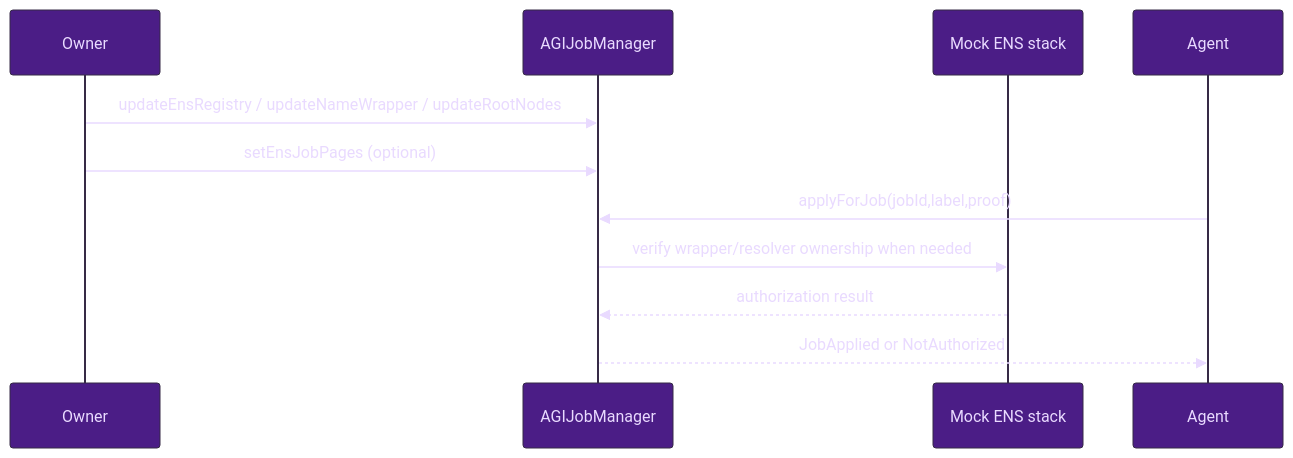
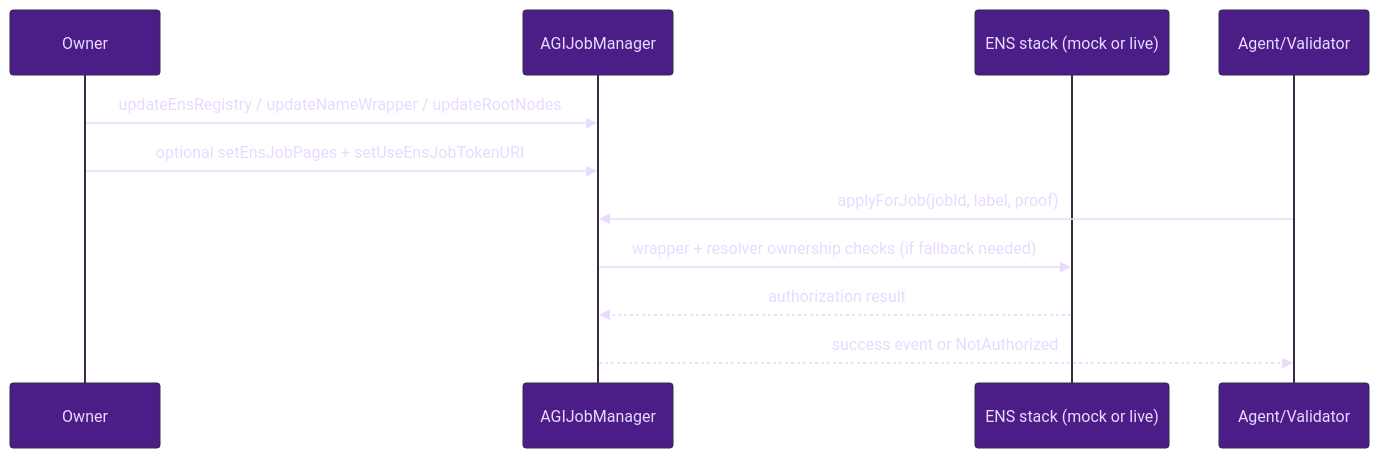
One commit to MontrealAI/AGIJobManager changed the first of 2 diagrams in docs/INTEGRATIONS/ENS_USE_CASE.md. Above: the diagram before and after it, drawn with Mermaid. The commit also changed other lines of this file and 6 other files, not shown here.

Commit message:
docs: harden ENS integration docs and integrity checks

````diff
--- a/docs/INTEGRATIONS/ENS_USE_CASE.md
+++ b/docs/INTEGRATIONS/ENS_USE_CASE.md
@@ -23,20 +23,20 @@
 ```mermaid
 %%{init: {"theme":"base","themeVariables":{
 "fontFamily":"ui-sans-serif, system-ui, -apple-system, Segoe UI, Roboto, Arial",
 "background":"#14001F","primaryColor":"#4B1D86","primaryTextColor":"#E9DAFF",
 "lineColor":"#7A3FF2","tertiaryColor":"#1B0B2A",
 "noteBkgColor":"#1B0B2A","noteTextColor":"#E9DAFF"
 }}}%%
 sequenceDiagram
     participant O as Owner
     participant M as AGIJobManager
-    participant E as Mock ENS stack
-    participant A as Agent
+    participant E as ENS stack (mock or live)
+    participant A as Agent/Validator
 
     O->>M: updateEnsRegistry / updateNameWrapper / updateRootNodes
-    O->>M: setEnsJobPages (optional)
-    A->>M: applyForJob(jobId,label,proof)
-    M->>E: verify wrapper/resolver ownership when needed
+    O->>M: optional setEnsJobPages + setUseEnsJobTokenURI
+    A->>M: applyForJob(jobId, label, proof)
+    M->>E: wrapper + resolver ownership checks (if fallback needed)
     E-->>M: authorization result
-    M-->>A: JobApplied or NotAuthorized
+    M-->>A: success event or NotAuthorized
 ```
````
